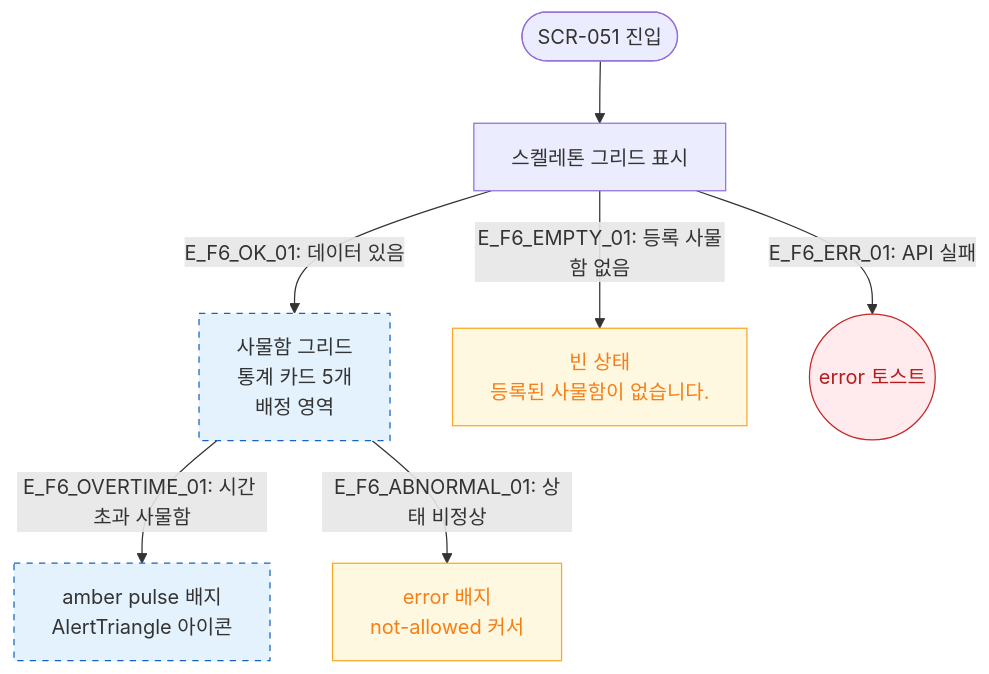
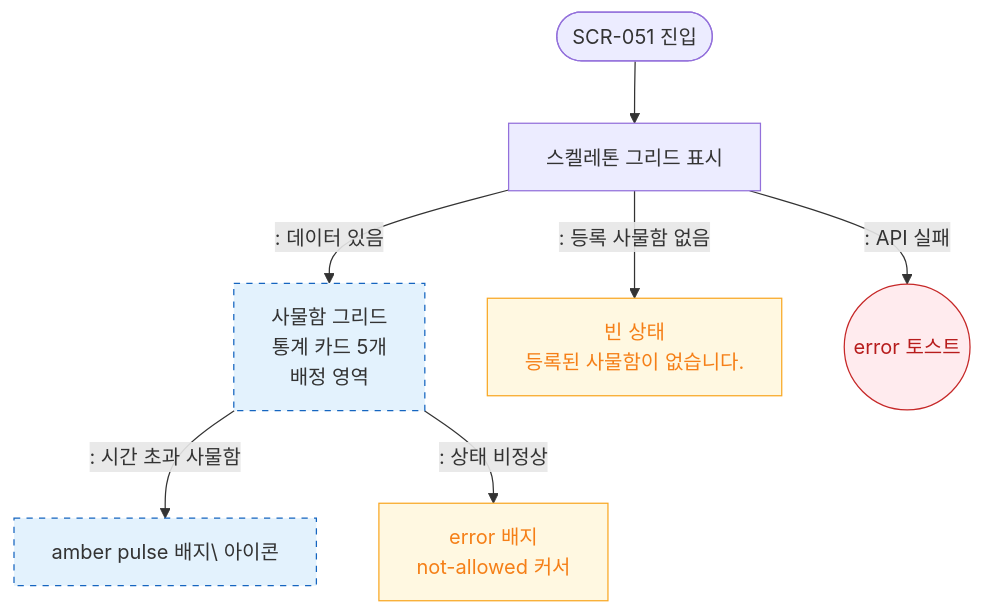
Before and after one commit to dev-spogym/admin-pando: the diagram in docs/다이어그램/D06_시설관리/SCR-051_사물함배정관리/F6_상태별화면.md, drawn with Mermaid. The commit also changed other lines of this file and 1660 other files, not shown here.

First line of the commit message:
다이어그램: 기획자/클라이언트 납품본으로 정리

````diff
--- a/docs/다이어그램/D06_시설관리/SCR-051_사물함배정관리/F6_상태별화면.md
+++ b/docs/다이어그램/D06_시설관리/SCR-051_사물함배정관리/F6_상태별화면.md
@@ -16,17 +14,17 @@
 ```mermaid
 flowchart TD
     ENTER([SCR-051 진입]) --> Loading[스켈레톤 그리드 표시]
-    Loading -->|"E_F6_OK_01: 데이터 있음"| StateNormal[사물함 그리드\n통계 카드 5개\n배정 영역]
-    Loading -->|"E_F6_EMPTY_01: 등록 사물함 없음"| StateEmpty[빈 상태\n등록된 사물함이 없습니다.]
-    Loading -->|"E_F6_ERR_01: API 실패"| StateErr((error 토스트))
+    Loading -->|": 데이터 있음"|StateNormal[사물함 그리드\n통계 카드 5개\n배정 영역]
+    Loading -->|": 등록 사물함 없음"|StateEmpty[빈 상태\n등록된 사물함이 없습니다.]
+    Loading -->|": API 실패"|StateErr((error 토스트))
 
-    StateNormal -->|"E_F6_OVERTIME_01: 시간 초과 사물함"| OvertimeBadge[amber pulse 배지\nAlertTriangle 아이콘]
-    StateNormal -->|"E_F6_ABNORMAL_01: 상태 비정상"| AbnormalBadge[error 배지\nnot-allowed 커서]
+    StateNormal -->|": 시간 초과 사물함"|OvertimeBadge[amber pulse 배지\ 아이콘]
+    StateNormal -->|": 상태 비정상"|AbnormalBadge[error 배지\nnot-allowed 커서]
 
     classDef screen fill:#E3F2FD,stroke:#1565C0,stroke-dasharray:5 5
     classDef warning fill:#FFF8E1,stroke:#F9A825,color:#F57F17
     classDef error fill:#FFEBEE,stroke:#C62828,color:#B71C1C
     class StateNormal,OvertimeBadge screen
     class StateEmpty,AbnormalBadge warning
     class StateErr error
 ```
````
